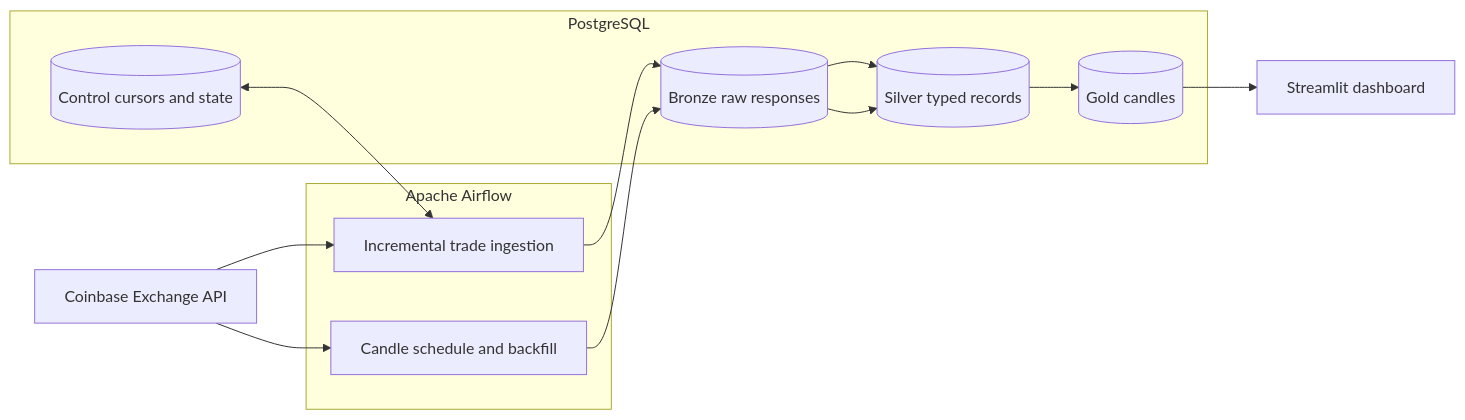
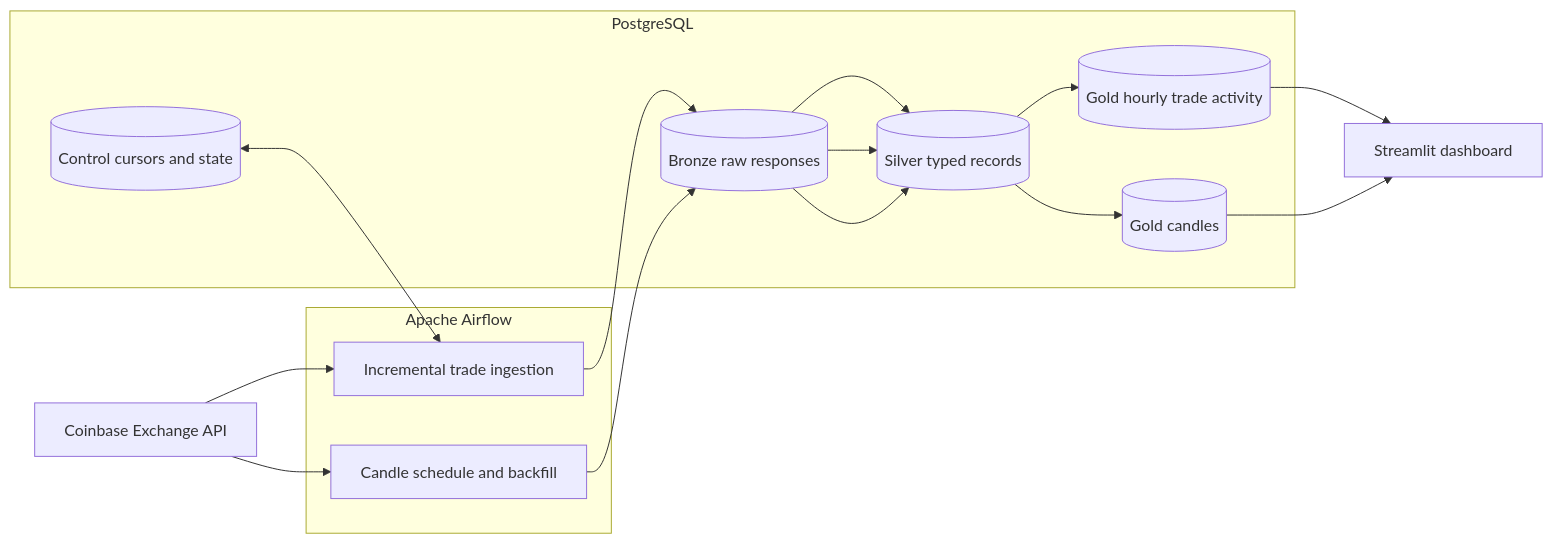
Before and after one commit to BartoszBrodowski/coinbase_data_dag: the diagram in README.md, drawn with Mermaid. The commit also changed other lines of this file and 24 other files, not shown here.

````diff
--- a/README.md
+++ b/README.md
@@ -14,23 +14,24 @@
 ```mermaid
 flowchart LR
     API[Coinbase Exchange API]
 
     subgraph AF[Apache Airflow]
         CANDLE[Candle schedule and backfill]
         TRADE[Incremental trade ingestion]
     end
 
     subgraph PG[PostgreSQL]
         B[(Bronze raw responses)]
         S[(Silver typed records)]
         C[(Control cursors and state)]
         G[(Gold candles)]
+        A[(Gold hourly trade activity)]
     end
 
     UI[Streamlit dashboard]
 
     API --> CANDLE --> B --> S --> G --> UI
-    API --> TRADE --> B
+    API --> TRADE --> B --> S --> A --> UI
     C <--> TRADE
     B --> S
 ```
````
